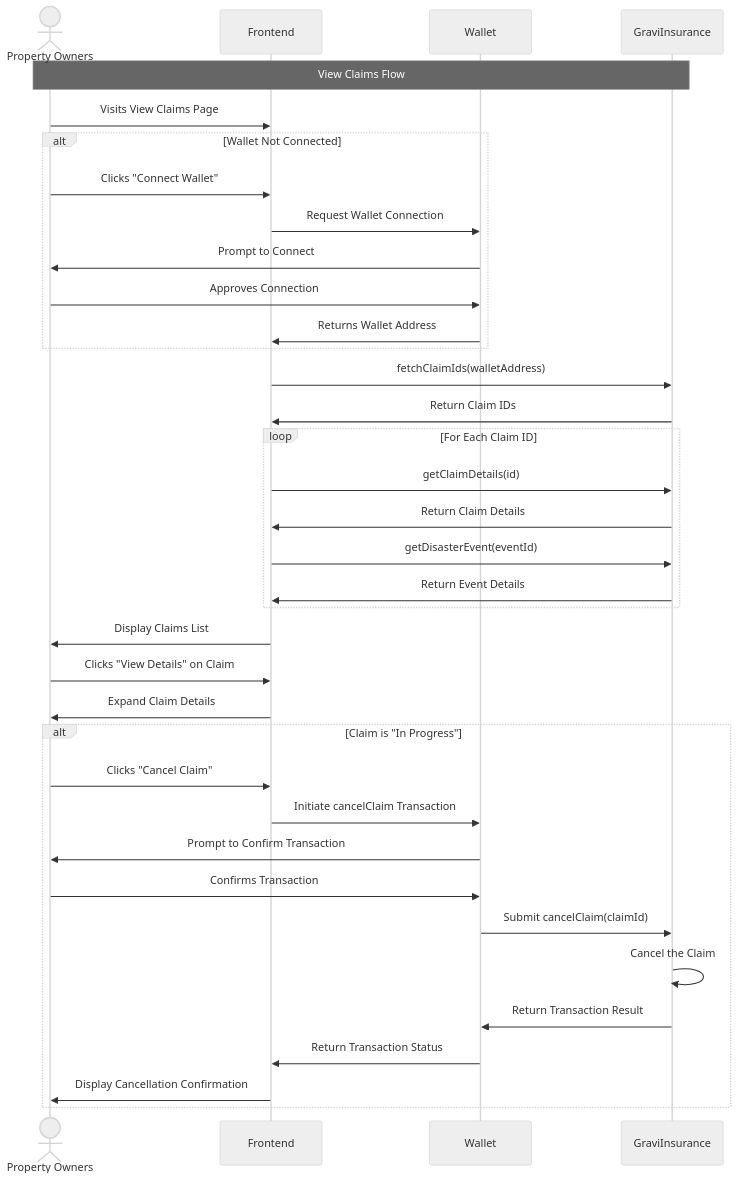
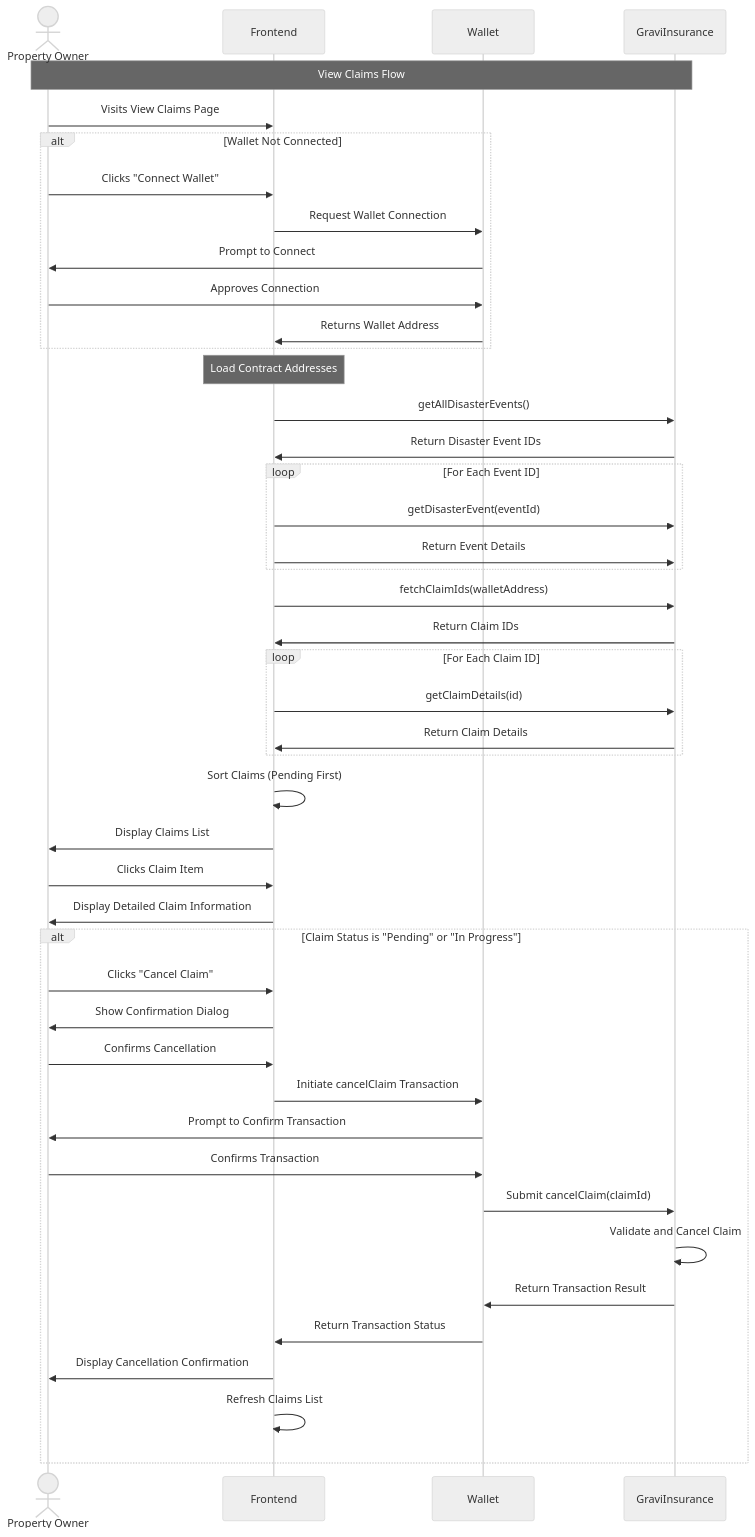
The diagram in docs/sequence-diagrams/insurance/view-claims.mmd (AndrewZZJ/dapp-defiying-gravity), drawn with Mermaid (neutral theme) before and after one commit. The commit also changed 6 other files, not shown here.

Commit message:
updated sequence and contract API docs

```diff
--- a/docs/sequence-diagrams/insurance/view-claims.mmd
+++ b/docs/sequence-diagrams/insurance/view-claims.mmd
@@ -1,44 +1,60 @@
 sequenceDiagram
-    actor User as Property Owners
+    actor User as Property Owner
     participant Frontend
     participant Wallet
     participant Contract as GraviInsurance
 
     Note over User, Contract: View Claims Flow
     
     User->>Frontend: Visits View Claims Page
     alt Wallet Not Connected
         User->>Frontend: Clicks "Connect Wallet"
         Frontend->>Wallet: Request Wallet Connection
         Wallet->>User: Prompt to Connect
         User->>Wallet: Approves Connection
         Wallet->>Frontend: Returns Wallet Address
     end
     
+    %% Frontend loads contract addresses from config
+    Note over Frontend: Load Contract Addresses
+    
+    %% Fetch disaster events and claims
+    Frontend->>Contract: getAllDisasterEvents()
+    Contract->>Frontend: Return Disaster Event IDs
+    
+    loop For Each Event ID
+        Frontend->>Contract: getDisasterEvent(eventId)
+        Frontend->>Contract: Return Event Details
+    end
+    
     Frontend->>Contract: fetchClaimIds(walletAddress)
     Contract->>Frontend: Return Claim IDs
     
     loop For Each Claim ID
         Frontend->>Contract: getClaimDetails(id)
         Contract->>Frontend: Return Claim Details
-        
-        Frontend->>Contract: getDisasterEvent(eventId)
-        Contract->>Frontend: Return Event Details
     end
     
+    %% Process and display the data
+    Frontend->>Frontend: Sort Claims (Pending First)
     Frontend->>User: Display Claims List
     
-    User->>Frontend: Clicks "View Details" on Claim
-    Frontend->>User: Expand Claim Details
+    %% User views claim details
+    User->>Frontend: Clicks Claim Item
+    Frontend->>User: Display Detailed Claim Information
     
-    alt Claim is "In Progress"
+    %% Simplified Cancellation Flow
+    alt Claim Status is "Pending" or "In Progress"
         User->>Frontend: Clicks "Cancel Claim"
+        Frontend->>User: Show Confirmation Dialog
+        User->>Frontend: Confirms Cancellation
         Frontend->>Wallet: Initiate cancelClaim Transaction
         Wallet->>User: Prompt to Confirm Transaction
         User->>Wallet: Confirms Transaction
         Wallet->>Contract: Submit cancelClaim(claimId)
-        Contract->>Contract: Cancel the Claim
+        Contract->>Contract: Validate and Cancel Claim
         Contract->>Wallet: Return Transaction Result
         Wallet->>Frontend: Return Transaction Status
         Frontend->>User: Display Cancellation Confirmation
+        Frontend->>Frontend: Refresh Claims List
     end
```
